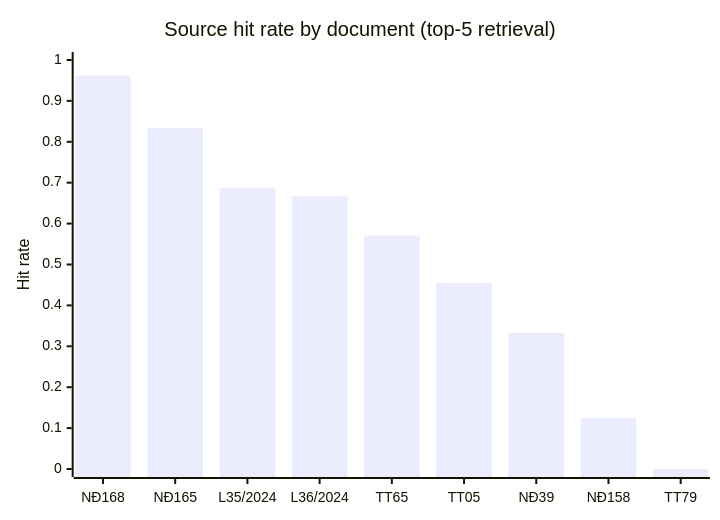
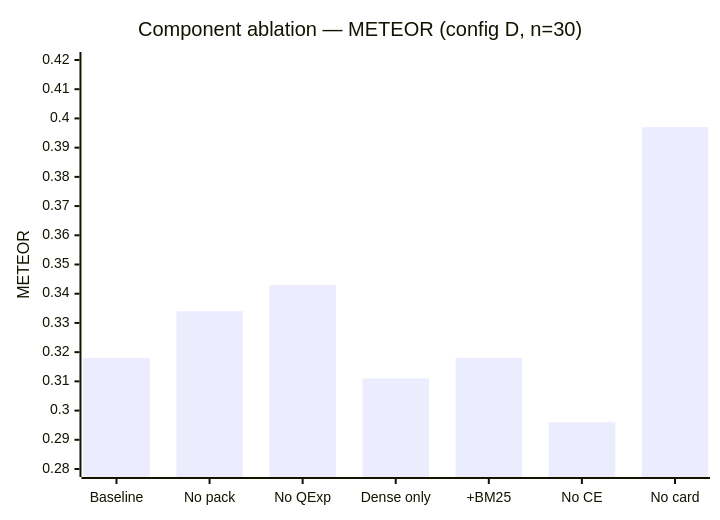
Before and after one commit to Anakonkai01/nlp-traffic-laws: the ninth of 13 diagrams in docs/NLP_REPORT_EN_DEEP.md, drawn with Mermaid. The commit also changed other lines of this file and 49 other files, not shown here.

Commit message:
Refine deep-dive report: chunking examples, MNR fine-tune explanation with examples, retrieval/ablation charts

````diff
--- a/docs/NLP_REPORT_EN_DEEP.md
+++ b/docs/NLP_REPORT_EN_DEEP.md
@@ -316,7 +564,7 @@
 ```mermaid
 xychart-beta
-    title "Source hit rate by document (top-5 retrieval)"
-    x-axis ["NĐ168", "NĐ165", "L35/2024", "L36/2024", "TT65", "TT05", "NĐ39", "NĐ158", "TT79"]
-    y-axis "Hit rate" 0 --> 1
-    bar [0.962, 0.833, 0.688, 0.667, 0.571, 0.455, 0.333, 0.125, 0.000]
+    title "Component ablation — METEOR (config D, n=30)"
+    x-axis ["Baseline", "No pack", "No QExp", "Dense only", "+BM25", "No CE", "No card"]
+    y-axis "METEOR" 0.28 --> 0.42
+    bar [0.318, 0.334, 0.343, 0.311, 0.318, 0.296, 0.397]
 ```
````
